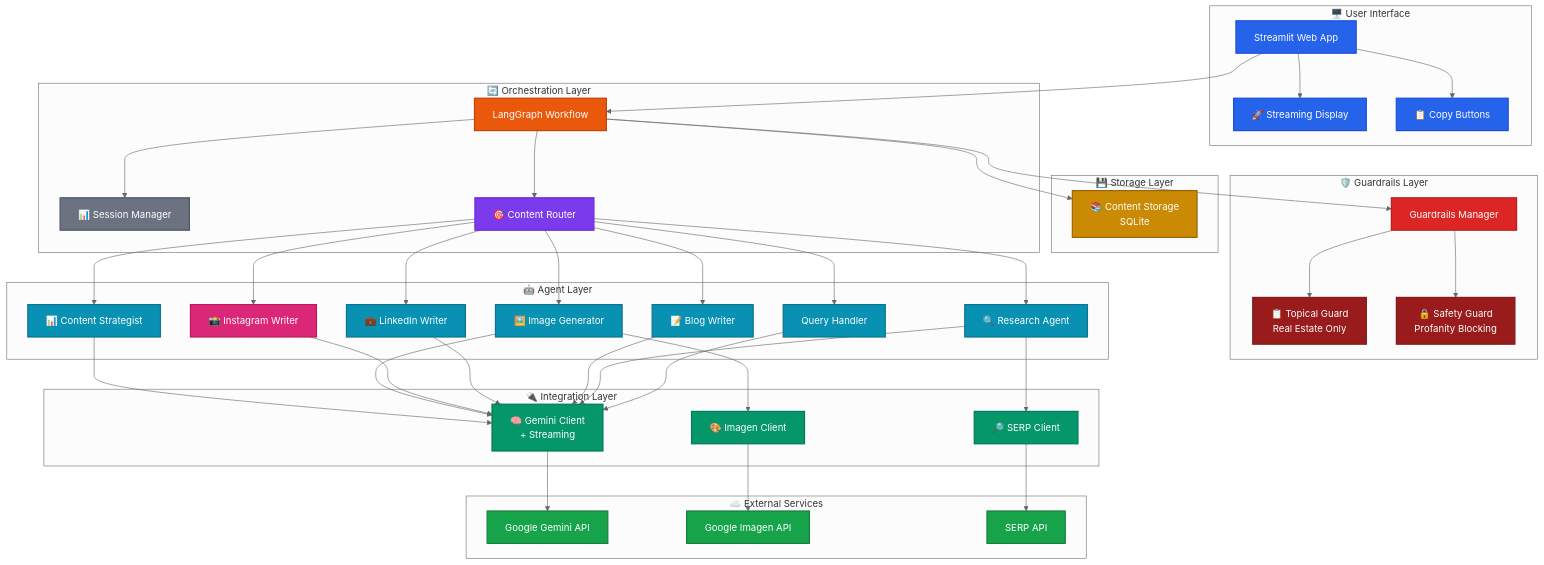
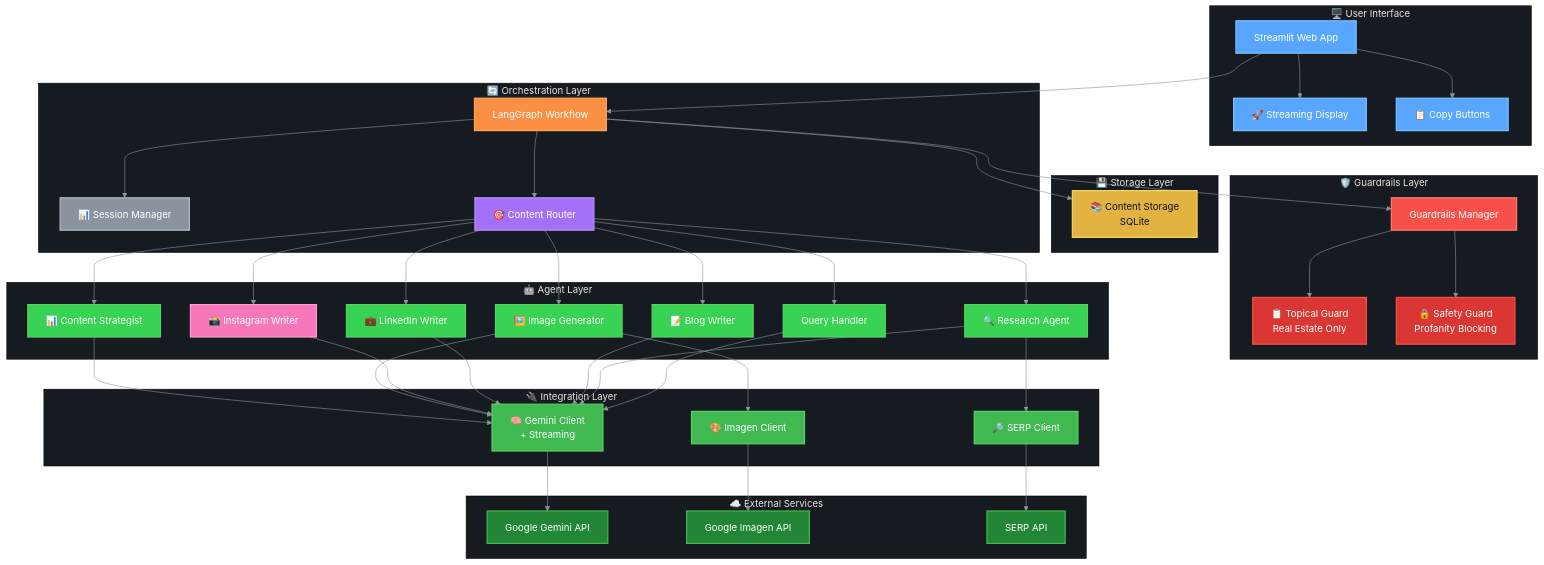
Before and after one commit to jayanthanantharaman/reach: the first of 2 diagrams in README.md, drawn with Mermaid. The commit also changed 10 other files, not shown here.

Commit message:
REACH - Update mermaid diagrams

````diff
--- a/README.md
+++ b/README.md
@@ -33,5 +33,5 @@
 ```mermaid
-%%{init: {'theme': 'neutral'}}%%
+%%{init: {'theme': 'base', 'themeVariables': { 'primaryColor': '#58a6ff', 'primaryTextColor': '#ffffff', 'primaryBorderColor': '#58a6ff', 'lineColor': '#8b949e', 'secondaryColor': '#21262d', 'tertiaryColor': '#161b22', 'background': '#0d1117'}}}%%
 graph TB
     subgraph UI_LAYER["🖥️ User Interface"]
         UI[Streamlit Web App]
@@ -110,27 +110,27 @@
     IC --> IMAGEN
     SC --> SERP
 
-    style UI fill:#2563eb,stroke:#1d4ed8,stroke-width:2px,color:#fff
-    style STREAM fill:#2563eb,stroke:#1d4ed8,stroke-width:2px,color:#fff
-    style COPY fill:#2563eb,stroke:#1d4ed8,stroke-width:2px,color:#fff
-    style CS fill:#ca8a04,stroke:#a16207,stroke-width:2px,color:#fff
-    style WF fill:#ea580c,stroke:#c2410c,stroke-width:2px,color:#fff
-    style SM fill:#6b7280,stroke:#4b5563,stroke-width:2px,color:#fff
-    style RT fill:#7c3aed,stroke:#6d28d9,stroke-width:2px,color:#fff
-    style GR fill:#dc2626,stroke:#b91c1c,stroke-width:2px,color:#fff
-    style TG fill:#991b1b,stroke:#7f1d1d,stroke-width:2px,color:#fff
-    style SG fill:#991b1b,stroke:#7f1d1d,stroke-width:2px,color:#fff
-    style QH fill:#0891b2,stroke:#0e7490,stroke-width:2px,color:#fff
-    style RA fill:#0891b2,stroke:#0e7490,stroke-width:2px,color:#fff
-    style BW fill:#0891b2,stroke:#0e7490,stroke-width:2px,color:#fff
-    style LW fill:#0891b2,stroke:#0e7490,stroke-width:2px,color:#fff
-    style IW fill:#db2777,stroke:#be185d,stroke-width:2px,color:#fff
-    style IG fill:#0891b2,stroke:#0e7490,stroke-width:2px,color:#fff
-    style CST fill:#0891b2,stroke:#0e7490,stroke-width:2px,color:#fff
-    style GC fill:#059669,stroke:#047857,stroke-width:2px,color:#fff
-    style IC fill:#059669,stroke:#047857,stroke-width:2px,color:#fff
-    style SC fill:#059669,stroke:#047857,stroke-width:2px,color:#fff
-    style GEMINI fill:#16a34a,stroke:#15803d,stroke-width:2px,color:#fff
-    style IMAGEN fill:#16a34a,stroke:#15803d,stroke-width:2px,color:#fff
-    style SERP fill:#16a34a,stroke:#15803d,stroke-width:2px,color:#fff
+    style UI fill:#58a6ff,stroke:#79c0ff,stroke-width:2px,color:#ffffff
+    style STREAM fill:#58a6ff,stroke:#79c0ff,stroke-width:2px,color:#ffffff
+    style COPY fill:#58a6ff,stroke:#79c0ff,stroke-width:2px,color:#ffffff
+    style CS fill:#e3b341,stroke:#f0d75e,stroke-width:2px,color:#0d1117
+    style WF fill:#fb8f44,stroke:#ffa657,stroke-width:2px,color:#ffffff
+    style SM fill:#8b949e,stroke:#b1bac4,stroke-width:2px,color:#ffffff
+    style RT fill:#a371f7,stroke:#bc8cff,stroke-width:2px,color:#ffffff
+    style GR fill:#f85149,stroke:#ff7b72,stroke-width:2px,color:#ffffff
+    style TG fill:#da3633,stroke:#f85149,stroke-width:2px,color:#ffffff
+    style SG fill:#da3633,stroke:#f85149,stroke-width:2px,color:#ffffff
+    style QH fill:#39d353,stroke:#56d364,stroke-width:2px,color:#ffffff
+    style RA fill:#39d353,stroke:#56d364,stroke-width:2px,color:#ffffff
+    style BW fill:#39d353,stroke:#56d364,stroke-width:2px,color:#ffffff
+    style LW fill:#39d353,stroke:#56d364,stroke-width:2px,color:#ffffff
+    style IW fill:#f778ba,stroke:#ff9bce,stroke-width:2px,color:#ffffff
+    style IG fill:#39d353,stroke:#56d364,stroke-width:2px,color:#ffffff
+    style CST fill:#39d353,stroke:#56d364,stroke-width:2px,color:#ffffff
+    style GC fill:#3fb950,stroke:#56d364,stroke-width:2px,color:#ffffff
+    style IC fill:#3fb950,stroke:#56d364,stroke-width:2px,color:#ffffff
+    style SC fill:#3fb950,stroke:#56d364,stroke-width:2px,color:#ffffff
+    style GEMINI fill:#238636,stroke:#3fb950,stroke-width:2px,color:#ffffff
+    style IMAGEN fill:#238636,stroke:#3fb950,stroke-width:2px,color:#ffffff
+    style SERP fill:#238636,stroke:#3fb950,stroke-width:2px,color:#ffffff
 ```
````
